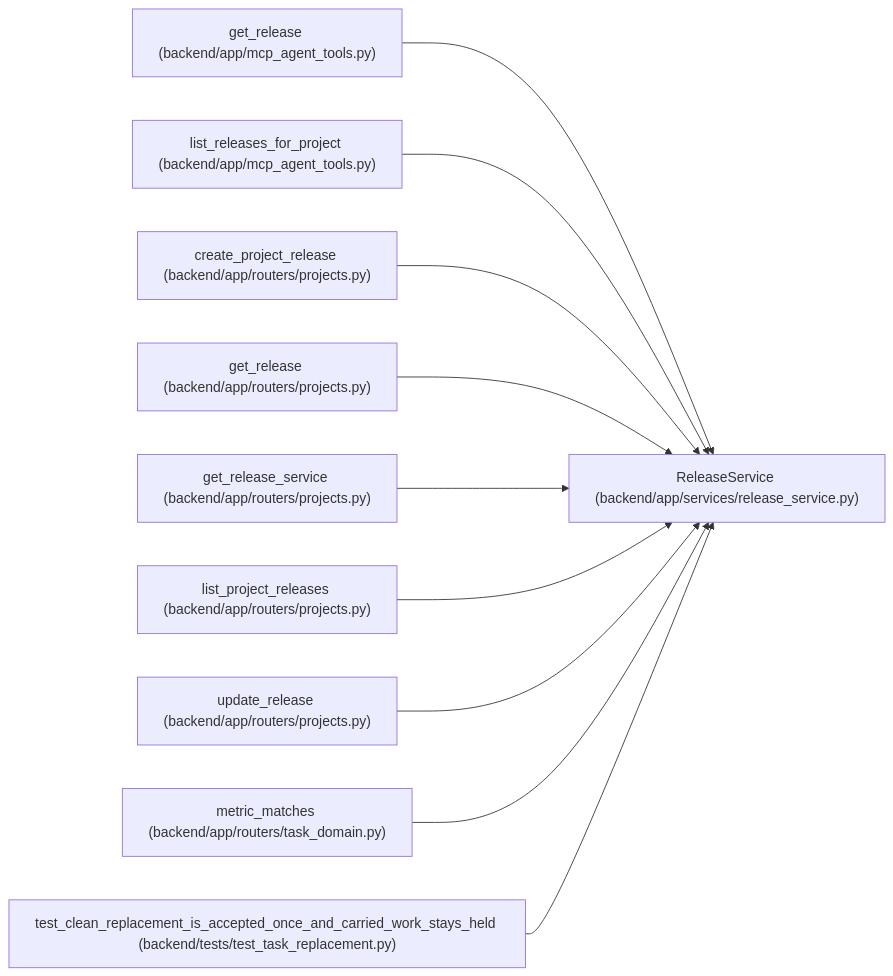
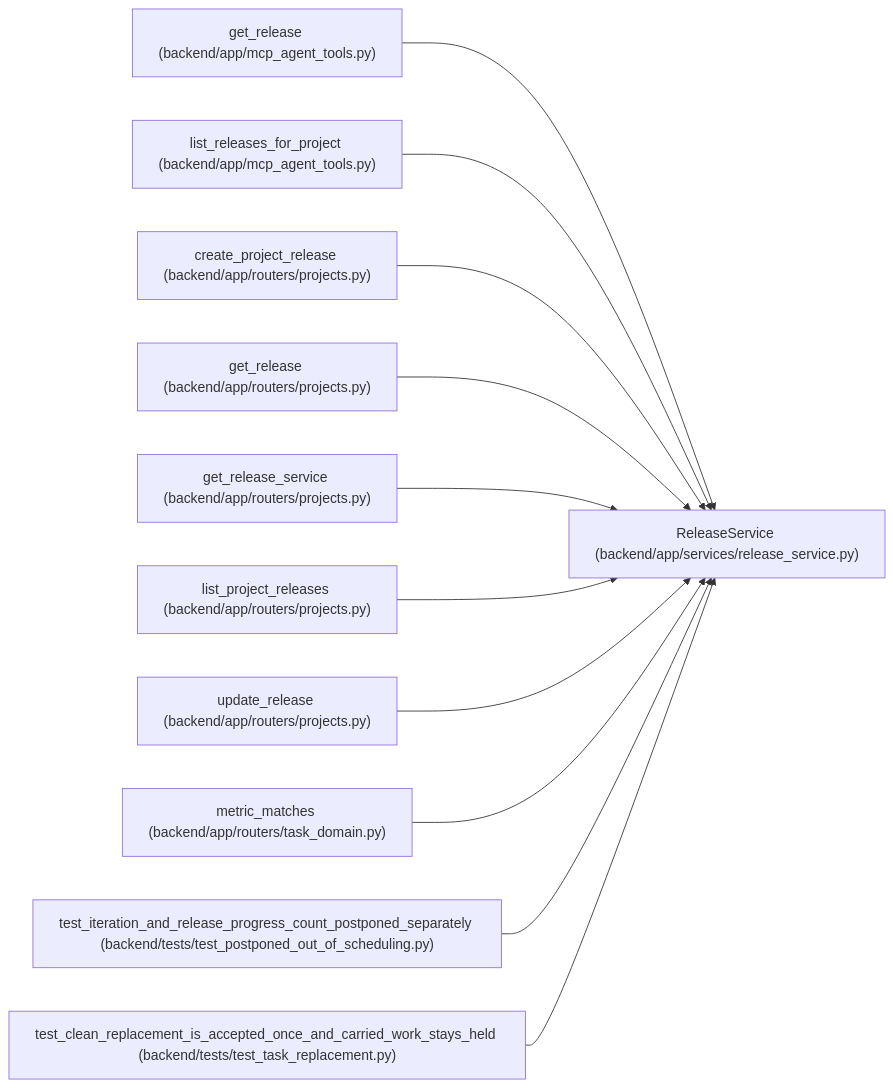
One commit to Denissvgn/WorkChord changed the diagram in docs/llm_wiki/entities/ReleaseService.md. Above: the diagram before and after it, drawn with Mermaid. The commit also changed other lines of this file and 724 other files, not shown here.

Commit message:
Sync the architectural wiki for keeping postponed tasks out of scheduling

````diff
--- a/docs/llm_wiki/entities/ReleaseService.md
+++ b/docs/llm_wiki/entities/ReleaseService.md
@@ -40,32 +40,35 @@
 ```mermaid
 flowchart LR
     n0["ReleaseService (backend/app/services/release_service.py)"]
     n1["get_release (backend/app/mcp_agent_tools.py)"]
     n2["list_releases_for_project (backend/app/mcp_agent_tools.py)"]
     n3["create_project_release (backend/app/routers/projects.py)"]
     n4["get_release (backend/app/routers/projects.py)"]
     n5["get_release_service (backend/app/routers/projects.py)"]
     n6["list_project_releases (backend/app/routers/projects.py)"]
     n7["update_release (backend/app/routers/projects.py)"]
     n8["metric_matches (backend/app/routers/task_domain.py)"]
-    n9["test_clean_replacement_is_accepted_once_and_carried_work_stays_held (backend/tests/test_task_replacement.py)"]
+    n9["test_iteration_and_release_progress_count_postponed_separately (backend/tests/test_postponed_out_of_scheduling.py)"]
+    n10["test_clean_replacement_is_accepted_once_and_carried_work_stays_held (backend/tests/test_task_replacement.py)"]
     n1 --> n0
     n2 --> n0
     n3 --> n0
     n4 --> n0
     n5 --> n0
     n6 --> n0
     n7 --> n0
     n8 --> n0
     n9 --> n0
+    n10 --> n0
     click n0 "../modules/release_service.md"
     click n1 "../modules/mcp_agent_tools.md"
     click n2 "../modules/mcp_agent_tools.md"
     click n3 "../modules/projects.md"
     click n4 "../modules/projects.md"
     click n5 "../modules/projects.md"
     click n6 "../modules/projects.md"
     click n7 "../modules/projects.md"
     click n8 "../modules/routers_task_domain.md"
-    click n9 "../modules/test_task_replacement.md"
+    click n9 "../modules/test_postponed_out_of_scheduling.md"
+    click n10 "../modules/test_task_replacement.md"
 ```
````
